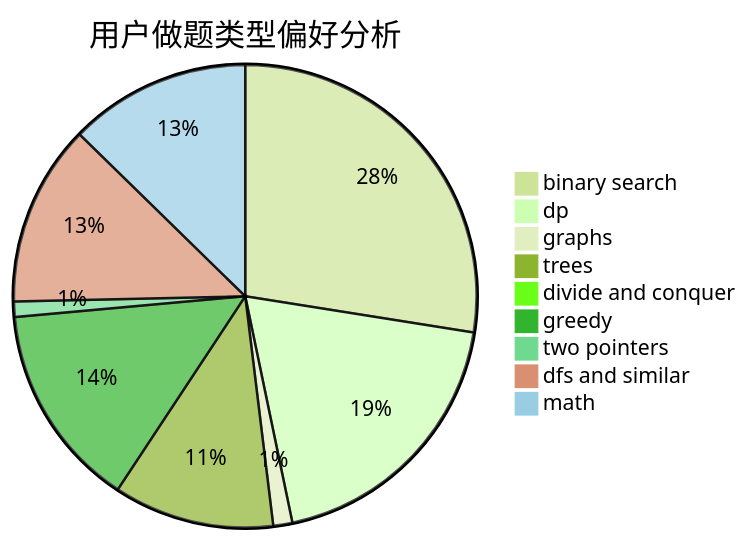
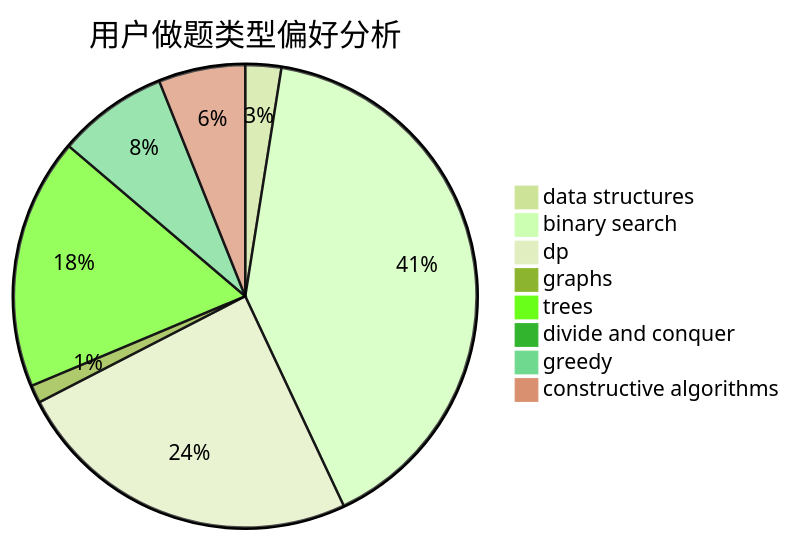
Before and after one commit to sherpahu/cfrs.github.io: the second of 3 diagrams in docs/user/u2124.md, drawn with Mermaid (forest theme). The commit also changed other lines of this file and 2775 other files, not shown here.

````diff
--- a/docs/user/u2124.md
+++ b/docs/user/u2124.md
@@ -23,12 +23,11 @@
 ```mermaid
 pie title 用户做题类型偏好分析
-    "binary search" :  206
-    "dp" :  144
-    "graphs" :  10
+    "data structures" :  12
+    "binary search" :  194
+    "dp" :  117
+    "graphs" :  6
     "trees" :  84
     "divide and conquer" :  0
-    "greedy" :  107
-    "two pointers" :  8
-    "dfs and similar" :  95
-    "math" :  95
+    "greedy" :  37
+    "constructive algorithms" :  29
 ```
````
